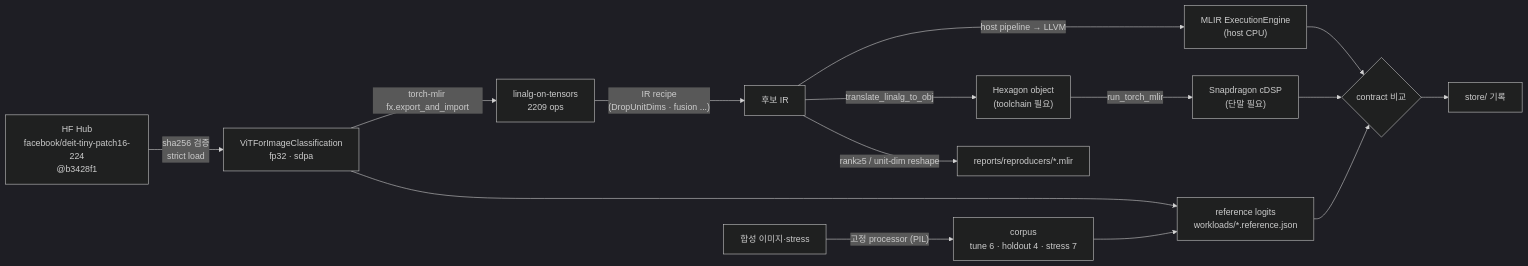
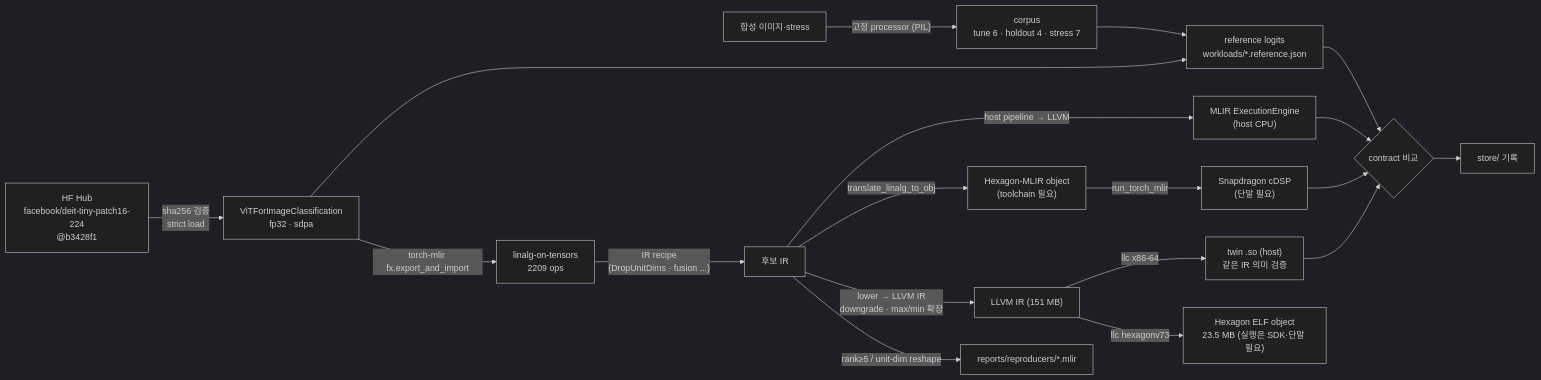
The fourth of 4 diagrams in nux/README.md (jimilee/demos), drawn with Mermaid (dark theme) before and after one commit. The commit also changed other lines of this file and 22 other files, not shown here.

````diff
--- a/nux/README.md
+++ b/nux/README.md
@@ -184,17 +197,21 @@
 ```mermaid
 flowchart LR
     HF["HF Hub<br/>facebook/deit-tiny-patch16-224<br/>@b3428f1"] -->|"sha256 검증<br/>strict load"| M["ViTForImageClassification<br/>fp32 · sdpa"]
     IMG["합성 이미지·stress"] -->|"고정 processor (PIL)"| CORP["corpus<br/>tune 6 · holdout 4 · stress 7"]
     M --> REF["reference logits<br/>workloads/*.reference.json"]
     CORP --> REF
     M -->|"torch-mlir fx.export_and_import"| LIN["linalg-on-tensors<br/>2209 ops"]
     LIN -->|"IR recipe<br/>(DropUnitDims · fusion ...)"| LIN2["후보 IR"]
     LIN2 -->|"host pipeline → LLVM"| JIT["MLIR ExecutionEngine<br/>(host CPU)"]
-    LIN2 -->|"translate_linalg_to_obj"| OBJ["Hexagon object<br/>(toolchain 필요)"]
+    LIN2 -->|"translate_linalg_to_obj"| OBJ["Hexagon-MLIR object<br/>(toolchain 필요)"]
+    LIN2 -->|"lower → LLVM IR<br/>downgrade · max/min 확장"| LL["LLVM IR (151 MB)"]
+    LL -->|"llc x86-64"| TWIN["twin .so (host)<br/>같은 IR 의미 검증"]
+    LL -->|"llc hexagonv73"| HOBJ["Hexagon ELF object<br/>23.5 MB (실행은 SDK·단말 필요)"]
+    TWIN --> CMP
     OBJ -->|"run_torch_mlir"| DEV["Snapdragon cDSP<br/>(단말 필요)"]
     JIT --> CMP{"contract 비교"}
     DEV --> CMP
     REF --> CMP
     CMP --> ST["store/ 기록"]
     LIN2 -->|"rank≥5 / unit-dim reshape"| REPRO["reports/reproducers/*.mlir"]
 ```
````
